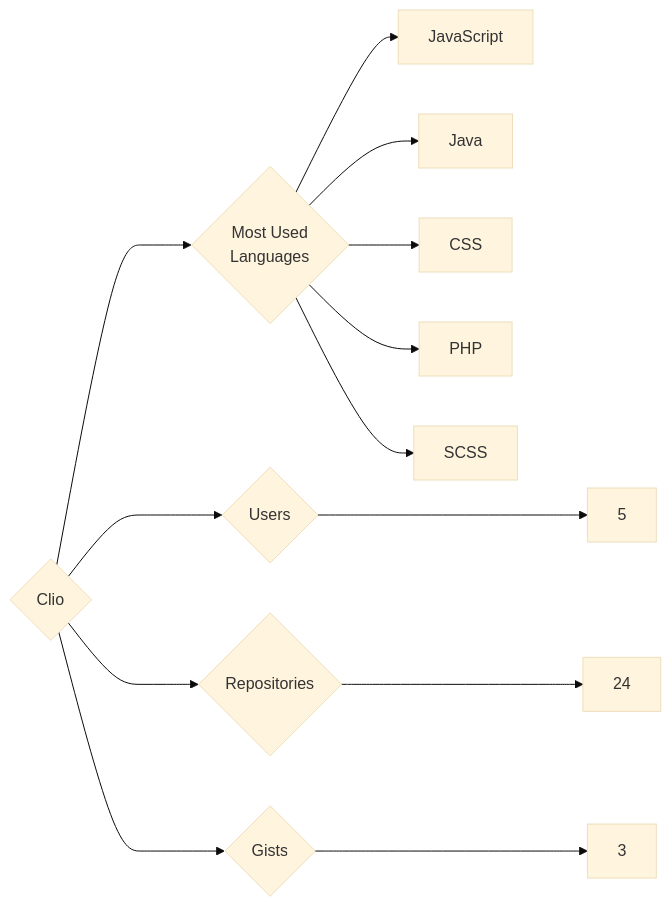
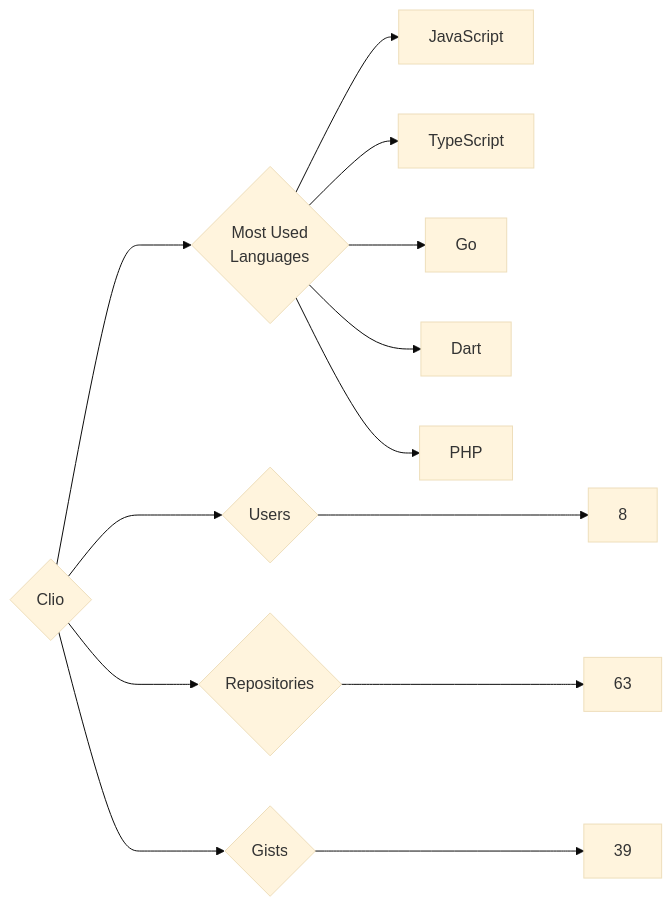
Before and after one commit to trickest/insiders: the diagram in targets/Clio/README.md, drawn with Mermaid (base theme). The commit also changed 618 other files, not shown here.

````diff
--- a/targets/Clio/README.md
+++ b/targets/Clio/README.md
@@ -3,13 +3,13 @@
 ```mermaid
 graph LR
 COMPANY_NAME{Clio}
-COMPANY_NAME ---> U{Users} ---> UN[5]
-COMPANY_NAME ---> R{Repositories} ---> RN[24]
-COMPANY_NAME ---> G{Gists} ---> GN[3]
+COMPANY_NAME ---> U{Users} ---> UN[8]
+COMPANY_NAME ---> R{Repositories} ---> RN[63]
+COMPANY_NAME ---> G{Gists} ---> GN[39]
 COMPANY_NAME ---> ML{Most Used<br>Languages}
 ML --> JavaScript[JavaScript]
-ML --> Java[Java]
-ML --> CSS[CSS]
+ML --> TypeScript[TypeScript]
+ML --> Go[Go]
+ML --> Dart[Dart]
 ML --> PHP[PHP]
-ML --> SCSS[SCSS]
 ```
````
